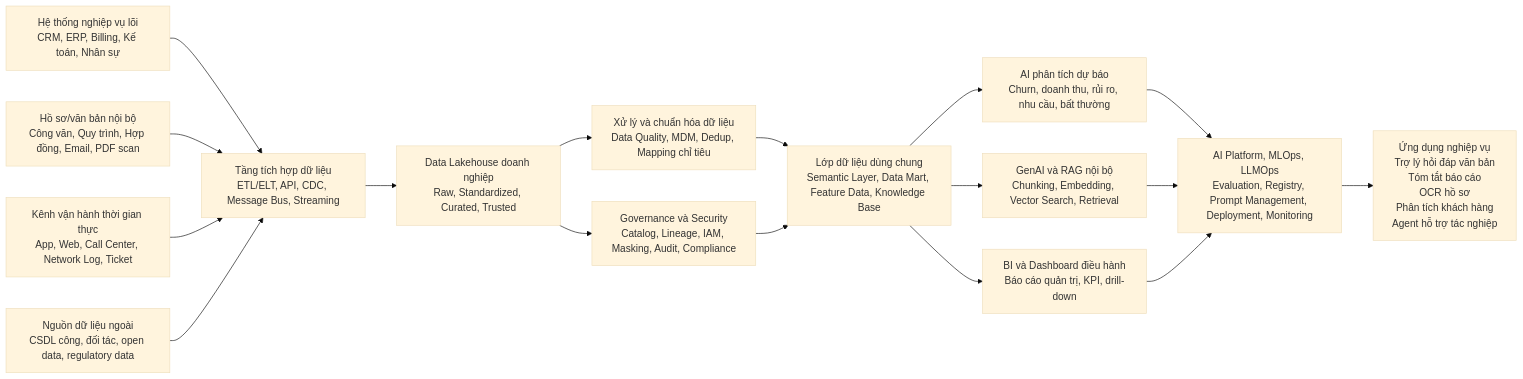
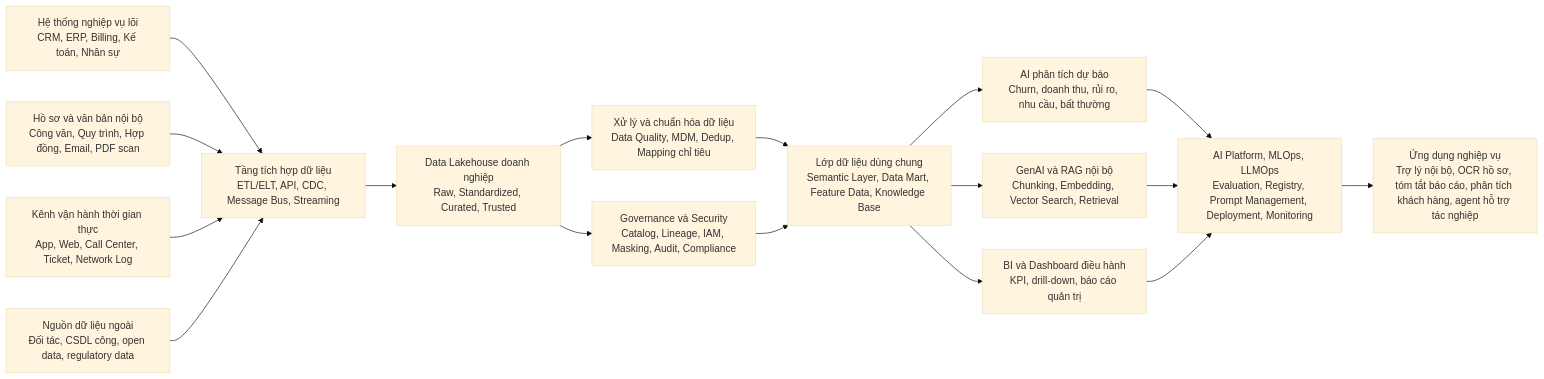
Before and after one commit to vitconhamchoi/Data-governance: the diagram in README.md, drawn with Mermaid (base theme). The commit also changed other lines of this file, not shown here.

Commit message:
docs: rewrite README as standalone architecture overview

````diff
--- a/README.md
+++ b/README.md
@@ -43,26 +74,26 @@
 ```mermaid
 flowchart LR
     A[Hệ thống nghiệp vụ lõi<br/>CRM, ERP, Billing, Kế toán, Nhân sự] --> D
-    B[Hồ sơ/văn bản nội bộ<br/>Công văn, Quy trình, Hợp đồng, Email, PDF scan] --> D
-    C[Kênh vận hành thời gian thực<br/>App, Web, Call Center, Network Log, Ticket] --> D
-    X[Nguồn dữ liệu ngoài<br/>CSDL công, đối tác, open data, regulatory data] --> D
+    B[Hồ sơ và văn bản nội bộ<br/>Công văn, Quy trình, Hợp đồng, Email, PDF scan] --> D
+    C[Kênh vận hành thời gian thực<br/>App, Web, Call Center, Ticket, Network Log] --> D
+    X[Nguồn dữ liệu ngoài<br/>Đối tác, CSDL công, open data, regulatory data] --> D
 
     D[Tầng tích hợp dữ liệu<br/>ETL/ELT, API, CDC, Message Bus, Streaming] --> E
     E[Data Lakehouse doanh nghiệp<br/>Raw, Standardized, Curated, Trusted] --> F
     E --> G
 
     F[Xử lý và chuẩn hóa dữ liệu<br/>Data Quality, MDM, Dedup, Mapping chỉ tiêu] --> H
     G[Governance và Security<br/>Catalog, Lineage, IAM, Masking, Audit, Compliance] --> H
 
     H[Lớp dữ liệu dùng chung<br/>Semantic Layer, Data Mart, Feature Data, Knowledge Base] --> I
     H --> J
     H --> M
 
     I[AI phân tích dự báo<br/>Churn, doanh thu, rủi ro, nhu cầu, bất thường] --> K
     J[GenAI và RAG nội bộ<br/>Chunking, Embedding, Vector Search, Retrieval] --> K
-    M[BI và Dashboard điều hành<br/>Báo cáo quản trị, KPI, drill-down] --> K
+    M[BI và Dashboard điều hành<br/>KPI, drill-down, báo cáo quản trị] --> K
 
     K[AI Platform, MLOps, LLMOps<br/>Evaluation, Registry, Prompt Management, Deployment, Monitoring] --> L
 
-    L[Ứng dụng nghiệp vụ<br/>Trợ lý hỏi đáp văn bản<br/>Tóm tắt báo cáo<br/>OCR hồ sơ<br/>Phân tích khách hàng<br/>Agent hỗ trợ tác nghiệp]
+    L[Ứng dụng nghiệp vụ<br/>Trợ lý nội bộ, OCR hồ sơ, tóm tắt báo cáo, phân tích khách hàng, agent hỗ trợ tác nghiệp]
 ```
````
